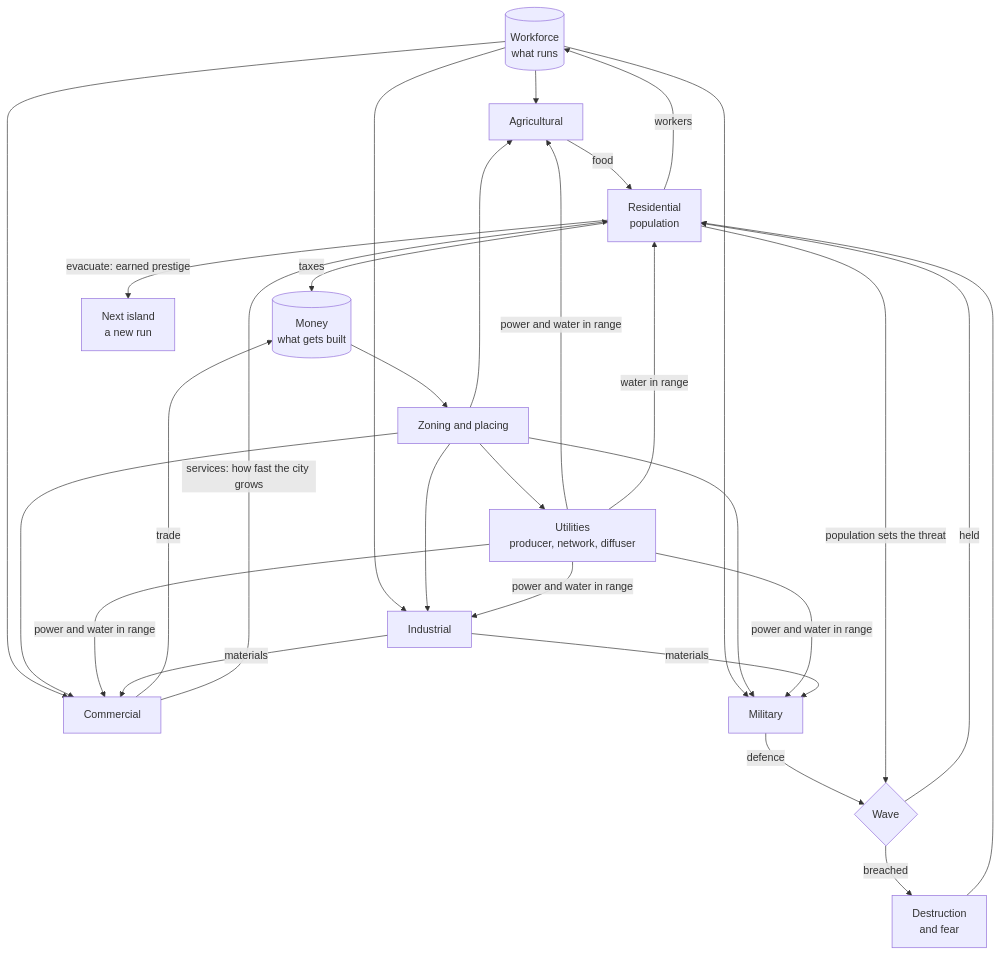
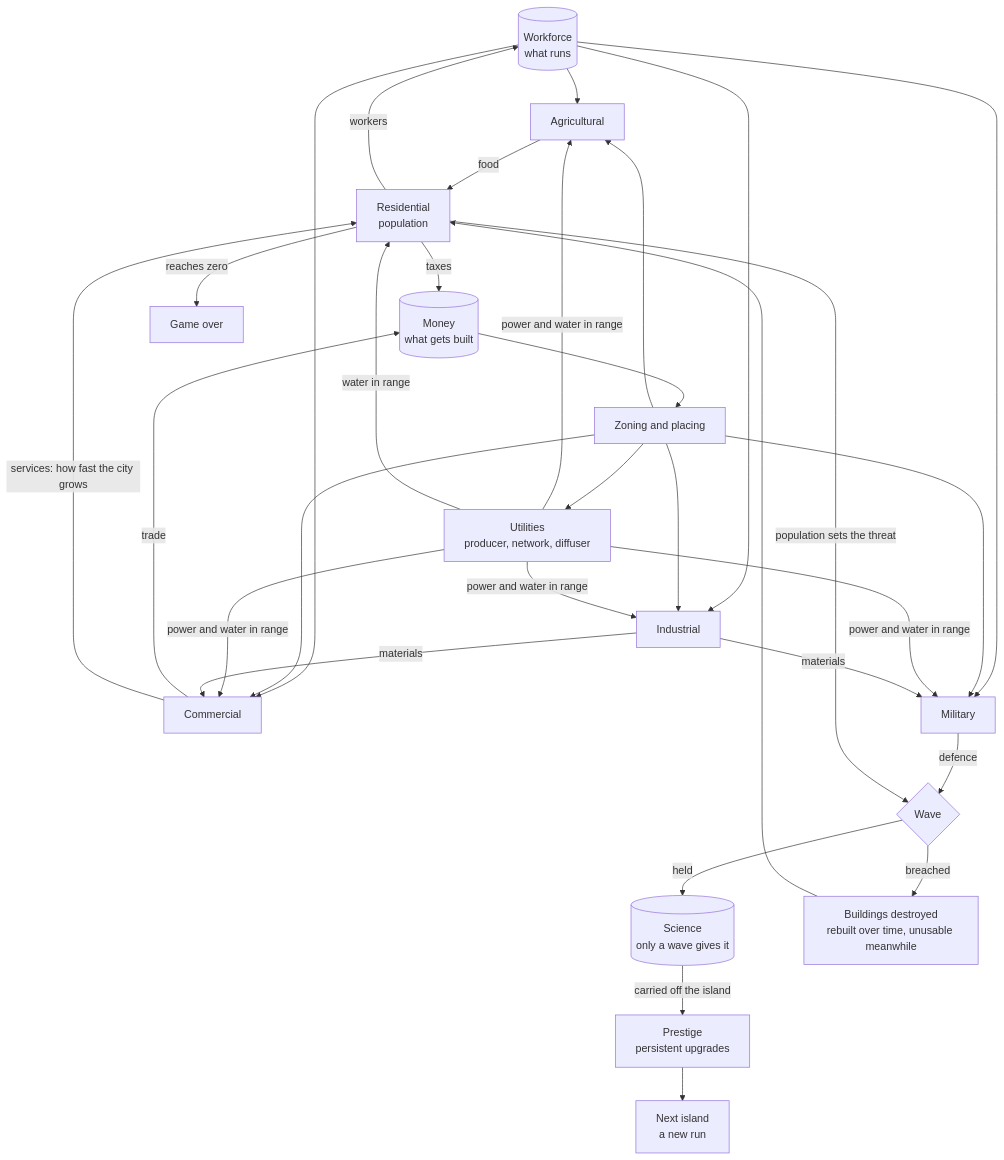
The diagram in logics/product/prod_018_a_city_that_has_to_survive_what_comes_out_of_the_sea.md (AlexAgo83/city-jump), drawn with Mermaid before and after one commit. The commit also changed other lines of this file, not shown here.

First line of the commit message:
Settle the wave, the clock and where progress comes from

````diff
--- a/logics/product/prod_018_a_city_that_has_to_survive_what_comes_out_of_the_sea.md
+++ b/logics/product/prod_018_a_city_that_has_to_survive_what_comes_out_of_the_sea.md
@@ -36,33 +41,35 @@
 ```mermaid
 %% logics-kind: product
 %% logics-signature: product|a_city_that_has_to_survive_what_comes_out_of_the_sea|generated
 flowchart TD
     Workers[("Workforce<br/>what runs")] --> Farm[Agricultural]
     Workers --> Industry[Industrial]
     Workers --> Commerce[Commercial]
     Workers --> Military[Military]
     Money[("Money<br/>what gets built")] --> Build[Zoning and placing]
     Build --> Farm
     Build --> Industry
     Build --> Commerce
     Build --> Military
     Build --> Utility[Utilities<br/>producer, network, diffuser]
     Utility -->|power and water in range| Farm
     Utility -->|power and water in range| Industry
     Utility -->|power and water in range| Commerce
     Utility -->|power and water in range| Military
     Utility -->|water in range| People[Residential<br/>population]
     Farm -->|food| People
     People -->|workers| Workers
     People -->|taxes| Money
     Commerce -->|trade| Money
     Industry -->|materials| Military
     Industry -->|materials| Commerce
     Commerce -->|services: how fast the city grows| People
     Military -->|defence| Survival{Wave}
     People -->|"population sets the threat"| Survival
-    Survival -->|held| People
-    Survival -->|breached| Ruins[Destruction<br/>and fear]
+    Survival -->|held| Science[("Science<br/>only a wave gives it")]
+    Survival -->|breached| Ruins[Buildings destroyed<br/>rebuilt over time, unusable meanwhile]
     Ruins --> People
-    People -->|"evacuate: earned prestige"| Island[Next island<br/>a new run]
+    Science -->|carried off the island| Prestige[Prestige<br/>persistent upgrades]
+    Prestige --> Island[Next island<br/>a new run]
+    People -->|"reaches zero"| Over[Game over]
 ```
````
